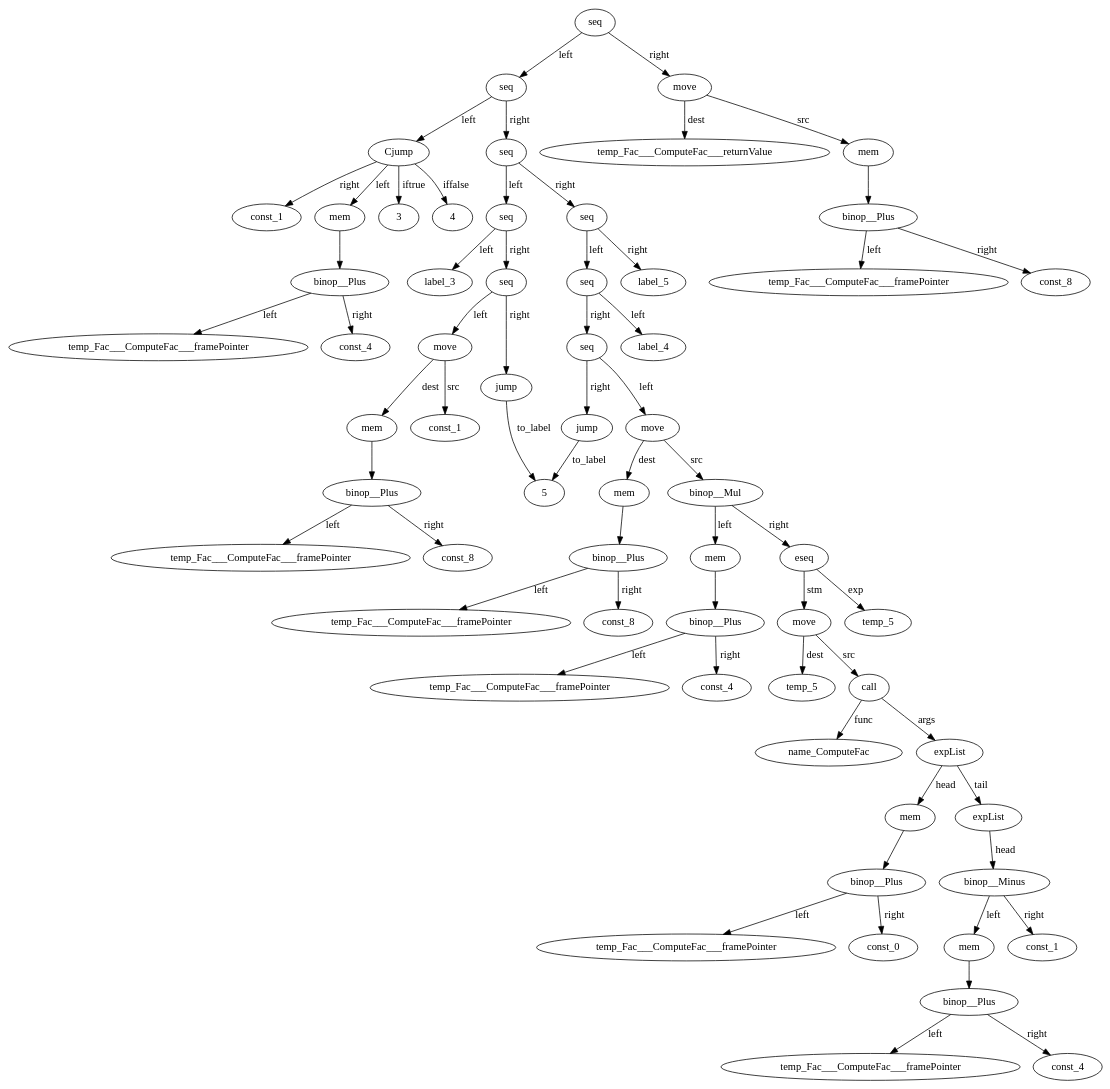
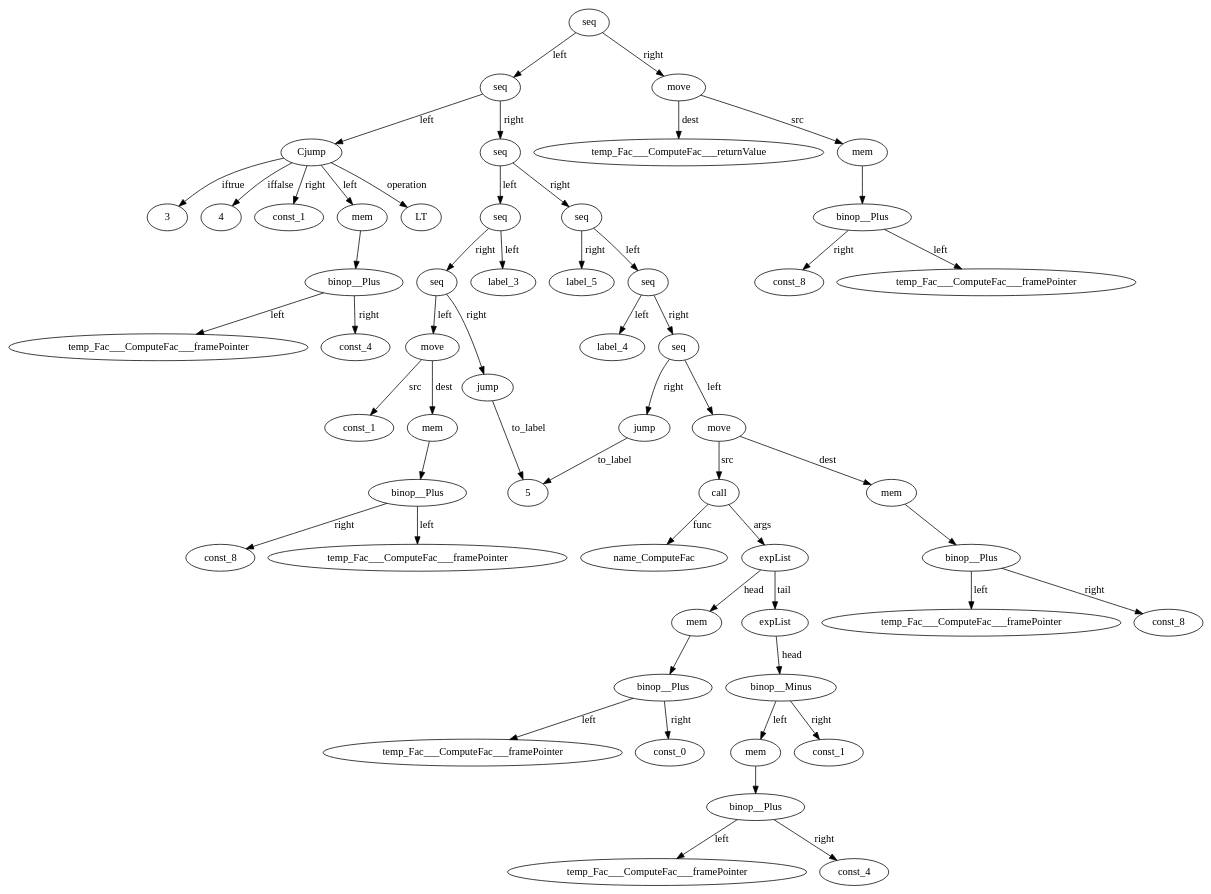
Before and after one commit to AnnaSavinova/GirlsHeapCompiler: the diagram in Compiler/Compiler/IRTree_Fac___ComputeFac.dot, drawn with Graphviz. The commit also changed 7 other files, not shown here.

Commit message:
added printing binop to cjump, fixed method call, tryed to fix new int and constructor (mal000lloc)

```diff
--- a/Compiler/Compiler/IRTree_Fac___ComputeFac.dot
+++ b/Compiler/Compiler/IRTree_Fac___ComputeFac.dot
@@ -1,124 +1,107 @@
 digraph {
 const_1__id_0 [ label="const_1" ]; 
 temp_Fac___ComputeFac___framePointer__id_1 [ label="temp_Fac___ComputeFac___framePointer" ]; 
 const_4__id_2 [ label="const_4" ]; 
 binop__Plus__id_3 [ label="binop__Plus" ]; 
 binop__Plus__id_3 -> const_4__id_2 [ label="right"] ; 
 binop__Plus__id_3 -> temp_Fac___ComputeFac___framePointer__id_1 [ label="left"] ; 
 mem__id_4 [ label="mem" ]; 
 mem__id_4 -> binop__Plus__id_3 ; 
 Cjump__id_5 [ label="Cjump" ]; 
 Cjump__id_5 -> const_1__id_0 [ label="right"] ; 
 Cjump__id_5 -> mem__id_4 [ label="left"] ; 
+Cjump__id_5 -> LT [ label="operation"] ; 
 Cjump__id_5 -> 3 [ label="iftrue"] ; 
 Cjump__id_5 -> 4 [ label="iffalse"] ; 
 label_3__id_6 [ label="label_3" ]; 
 temp_Fac___ComputeFac___framePointer__id_7 [ label="temp_Fac___ComputeFac___framePointer" ]; 
 const_8__id_8 [ label="const_8" ]; 
 binop__Plus__id_9 [ label="binop__Plus" ]; 
 binop__Plus__id_9 -> const_8__id_8 [ label="right"] ; 
 binop__Plus__id_9 -> temp_Fac___ComputeFac___framePointer__id_7 [ label="left"] ; 
 mem__id_10 [ label="mem" ]; 
 mem__id_10 -> binop__Plus__id_9 ; 
 const_1__id_11 [ label="const_1" ]; 
 move__id_12 [ label="move" ]; 
 move__id_12 -> mem__id_10 [ label="dest"] ; 
 move__id_12 -> const_1__id_11 [ label="src"] ; 
 jump__id_13 [ label="jump" ]; 
 jump__id_13 -> 5 [ label="to_label"] ; 
 seq__id_14 [ label="seq" ]; 
 seq__id_14 -> move__id_12 [ label="left"] ; 
 seq__id_14 -> jump__id_13 [ label="right"] ; 
 seq__id_15 [ label="seq" ]; 
 seq__id_15 -> label_3__id_6 [ label="left"] ; 
 seq__id_15 -> seq__id_14 [ label="right"] ; 
 label_4__id_16 [ label="label_4" ]; 
 temp_Fac___ComputeFac___framePointer__id_17 [ label="temp_Fac___ComputeFac___framePointer" ]; 
 const_8__id_18 [ label="const_8" ]; 
 binop__Plus__id_19 [ label="binop__Plus" ]; 
 binop__Plus__id_19 -> const_8__id_18 [ label="right"] ; 
 binop__Plus__id_19 -> temp_Fac___ComputeFac___framePointer__id_17 [ label="left"] ; 
 mem__id_20 [ label="mem" ]; 
 mem__id_20 -> binop__Plus__id_19 ; 
-temp_Fac___ComputeFac___framePointer__id_21 [ label="temp_Fac___ComputeFac___framePointer" ]; 
-const_4__id_22 [ label="const_4" ]; 
-binop__Plus__id_23 [ label="binop__Plus" ]; 
-binop__Plus__id_23 -> const_4__id_22 [ label="right"] ; 
-binop__Plus__id_23 -> temp_Fac___ComputeFac___framePointer__id_21 [ label="left"] ; 
-mem__id_24 [ label="mem" ]; 
-mem__id_24 -> binop__Plus__id_23 ; 
-temp_5__id_25 [ label="temp_5" ]; 
-name_ComputeFac__id_26 [ label="name_ComputeFac" ]; 
-temp_Fac___ComputeFac___framePointer__id_27 [ label="temp_Fac___ComputeFac___framePointer" ]; 
-const_0__id_28 [ label="const_0" ]; 
-binop__Plus__id_29 [ label="binop__Plus" ]; 
-binop__Plus__id_29 -> const_0__id_28 [ label="right"] ; 
-binop__Plus__id_29 -> temp_Fac___ComputeFac___framePointer__id_27 [ label="left"] ; 
-mem__id_30 [ label="mem" ]; 
-mem__id_30 -> binop__Plus__id_29 ; 
-temp_Fac___ComputeFac___framePointer__id_31 [ label="temp_Fac___ComputeFac___framePointer" ]; 
-const_4__id_32 [ label="const_4" ]; 
-binop__Plus__id_33 [ label="binop__Plus" ]; 
-binop__Plus__id_33 -> const_4__id_32 [ label="right"] ; 
-binop__Plus__id_33 -> temp_Fac___ComputeFac___framePointer__id_31 [ label="left"] ; 
-mem__id_34 [ label="mem" ]; 
-mem__id_34 -> binop__Plus__id_33 ; 
-const_1__id_35 [ label="const_1" ]; 
-binop__Minus__id_36 [ label="binop__Minus" ]; 
-binop__Minus__id_36 -> const_1__id_35 [ label="right"] ; 
-binop__Minus__id_36 -> mem__id_34 [ label="left"] ; 
-expList__id_37 [ label="expList" ]; 
-expList__id_37 -> binop__Minus__id_36 [ label="head"] ; 
-expList__id_38 [ label="expList" ]; 
-expList__id_38 -> mem__id_30 [ label="head"] ; 
-expList__id_38 -> expList__id_37 [ label="tail"] ; 
-call__id_39 [ label="call" ]; 
-call__id_39 -> name_ComputeFac__id_26 [ label="func"] ; 
-call__id_39 -> expList__id_38 [ label="args"] ; 
-move__id_40 [ label="move" ]; 
-move__id_40 -> temp_5__id_25 [ label="dest"] ; 
-move__id_40 -> call__id_39 [ label="src"] ; 
-temp_5__id_41 [ label="temp_5" ]; 
-eseq__id_42 [ label="eseq" ]; 
-eseq__id_42 -> temp_5__id_41 [ label="exp"] ; 
-eseq__id_42 -> move__id_40 [ label="stm"] ; 
-binop__Mul__id_43 [ label="binop__Mul" ]; 
-binop__Mul__id_43 -> eseq__id_42 [ label="right"] ; 
-binop__Mul__id_43 -> mem__id_24 [ label="left"] ; 
-move__id_44 [ label="move" ]; 
-move__id_44 -> mem__id_20 [ label="dest"] ; 
-move__id_44 -> binop__Mul__id_43 [ label="src"] ; 
-jump__id_45 [ label="jump" ]; 
-jump__id_45 -> 5 [ label="to_label"] ; 
-seq__id_46 [ label="seq" ]; 
-seq__id_46 -> move__id_44 [ label="left"] ; 
-seq__id_46 -> jump__id_45 [ label="right"] ; 
-seq__id_47 [ label="seq" ]; 
-seq__id_47 -> label_4__id_16 [ label="left"] ; 
-seq__id_47 -> seq__id_46 [ label="right"] ; 
-label_5__id_48 [ label="label_5" ]; 
+name_ComputeFac__id_21 [ label="name_ComputeFac" ]; 
+temp_Fac___ComputeFac___framePointer__id_22 [ label="temp_Fac___ComputeFac___framePointer" ]; 
+const_0__id_23 [ label="const_0" ]; 
+binop__Plus__id_24 [ label="binop__Plus" ]; 
+binop__Plus__id_24 -> const_0__id_23 [ label="right"] ; 
+binop__Plus__id_24 -> temp_Fac___ComputeFac___framePointer__id_22 [ label="left"] ; 
+mem__id_25 [ label="mem" ]; 
+mem__id_25 -> binop__Plus__id_24 ; 
+temp_Fac___ComputeFac___framePointer__id_26 [ label="temp_Fac___ComputeFac___framePointer" ]; 
+const_4__id_27 [ label="const_4" ]; 
+binop__Plus__id_28 [ label="binop__Plus" ]; 
+binop__Plus__id_28 -> const_4__id_27 [ label="right"] ; 
+binop__Plus__id_28 -> temp_Fac___ComputeFac___framePointer__id_26 [ label="left"] ; 
+mem__id_29 [ label="mem" ]; 
+mem__id_29 -> binop__Plus__id_28 ; 
+const_1__id_30 [ label="const_1" ]; 
+binop__Minus__id_31 [ label="binop__Minus" ]; 
+binop__Minus__id_31 -> const_1__id_30 [ label="right"] ; 
+binop__Minus__id_31 -> mem__id_29 [ label="left"] ; 
+expList__id_32 [ label="expList" ]; 
+expList__id_32 -> binop__Minus__id_31 [ label="head"] ; 
+expList__id_33 [ label="expList" ]; 
+expList__id_33 -> mem__id_25 [ label="head"] ; 
+expList__id_33 -> expList__id_32 [ label="tail"] ; 
+call__id_34 [ label="call" ]; 
+call__id_34 -> name_ComputeFac__id_21 [ label="func"] ; 
+call__id_34 -> expList__id_33 [ label="args"] ; 
+move__id_35 [ label="move" ]; 
+move__id_35 -> mem__id_20 [ label="dest"] ; 
+move__id_35 -> call__id_34 [ label="src"] ; 
+jump__id_36 [ label="jump" ]; 
+jump__id_36 -> 5 [ label="to_label"] ; 
+seq__id_37 [ label="seq" ]; 
+seq__id_37 -> move__id_35 [ label="left"] ; 
+seq__id_37 -> jump__id_36 [ label="right"] ; 
+seq__id_38 [ label="seq" ]; 
+seq__id_38 -> label_4__id_16 [ label="left"] ; 
+seq__id_38 -> seq__id_37 [ label="right"] ; 
+label_5__id_39 [ label="label_5" ]; 
+seq__id_40 [ label="seq" ]; 
+seq__id_40 -> seq__id_38 [ label="left"] ; 
+seq__id_40 -> label_5__id_39 [ label="right"] ; 
+seq__id_41 [ label="seq" ]; 
+seq__id_41 -> seq__id_15 [ label="left"] ; 
+seq__id_41 -> seq__id_40 [ label="right"] ; 
+seq__id_42 [ label="seq" ]; 
+seq__id_42 -> Cjump__id_5 [ label="left"] ; 
+seq__id_42 -> seq__id_41 [ label="right"] ; 
+temp_Fac___ComputeFac___returnValue__id_43 [ label="temp_Fac___ComputeFac___returnValue" ]; 
+temp_Fac___ComputeFac___framePointer__id_44 [ label="temp_Fac___ComputeFac___framePointer" ]; 
+const_8__id_45 [ label="const_8" ]; 
+binop__Plus__id_46 [ label="binop__Plus" ]; 
+binop__Plus__id_46 -> const_8__id_45 [ label="right"] ; 
+binop__Plus__id_46 -> temp_Fac___ComputeFac___framePointer__id_44 [ label="left"] ; 
+mem__id_47 [ label="mem" ]; 
+mem__id_47 -> binop__Plus__id_46 ; 
+move__id_48 [ label="move" ]; 
+move__id_48 -> temp_Fac___ComputeFac___returnValue__id_43 [ label="dest"] ; 
+move__id_48 -> mem__id_47 [ label="src"] ; 
 seq__id_49 [ label="seq" ]; 
-seq__id_49 -> seq__id_47 [ label="left"] ; 
-seq__id_49 -> label_5__id_48 [ label="right"] ; 
-seq__id_50 [ label="seq" ]; 
-seq__id_50 -> seq__id_15 [ label="left"] ; 
-seq__id_50 -> seq__id_49 [ label="right"] ; 
-seq__id_51 [ label="seq" ]; 
-seq__id_51 -> Cjump__id_5 [ label="left"] ; 
-seq__id_51 -> seq__id_50 [ label="right"] ; 
-temp_Fac___ComputeFac___returnValue__id_52 [ label="temp_Fac___ComputeFac___returnValue" ]; 
-temp_Fac___ComputeFac___framePointer__id_53 [ label="temp_Fac___ComputeFac___framePointer" ]; 
-const_8__id_54 [ label="const_8" ]; 
-binop__Plus__id_55 [ label="binop__Plus" ]; 
-binop__Plus__id_55 -> const_8__id_54 [ label="right"] ; 
-binop__Plus__id_55 -> temp_Fac___ComputeFac___framePointer__id_53 [ label="left"] ; 
-mem__id_56 [ label="mem" ]; 
-mem__id_56 -> binop__Plus__id_55 ; 
-move__id_57 [ label="move" ]; 
-move__id_57 -> temp_Fac___ComputeFac___returnValue__id_52 [ label="dest"] ; 
-move__id_57 -> mem__id_56 [ label="src"] ; 
-seq__id_58 [ label="seq" ]; 
-seq__id_58 -> seq__id_51 [ label="left"] ; 
-seq__id_58 -> move__id_57 [ label="right"] ; 
+seq__id_49 -> seq__id_42 [ label="left"] ; 
+seq__id_49 -> move__id_48 [ label="right"] ; 
 
 }
```
